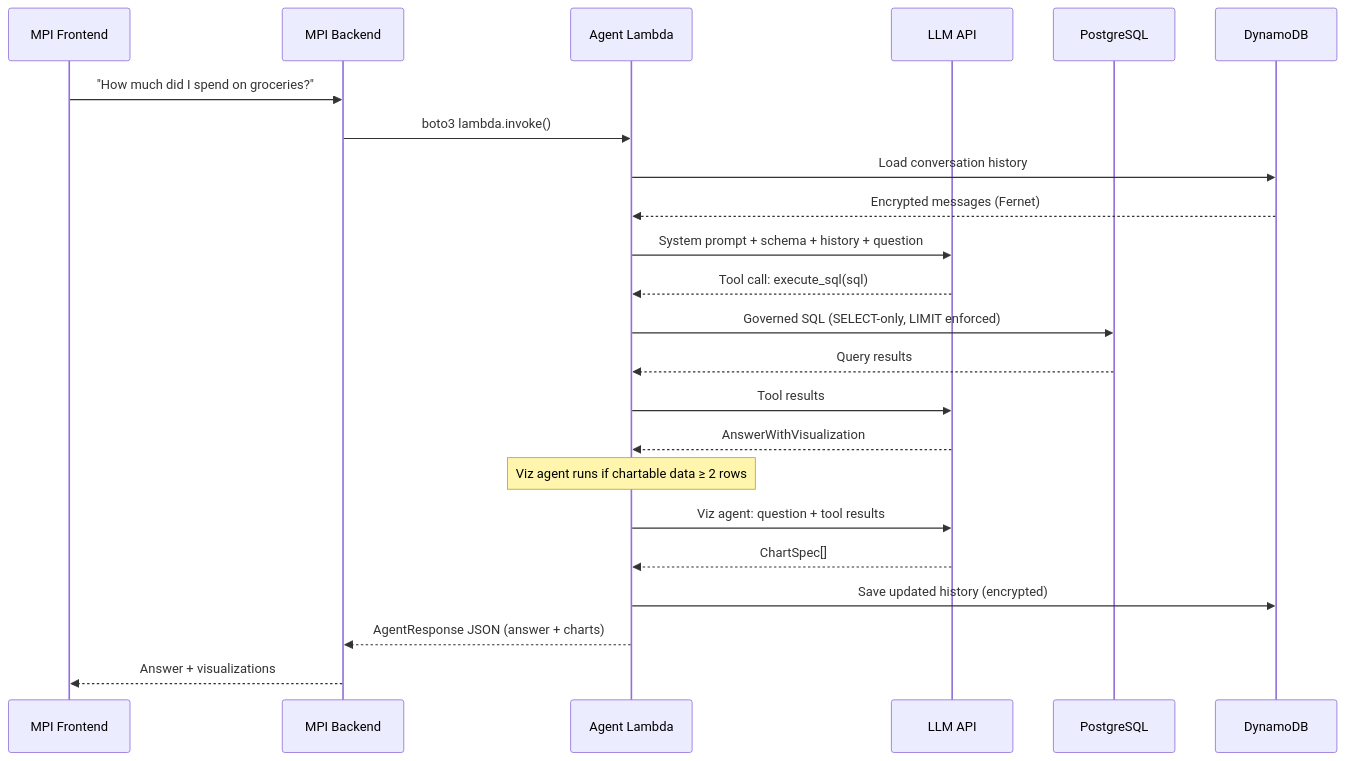
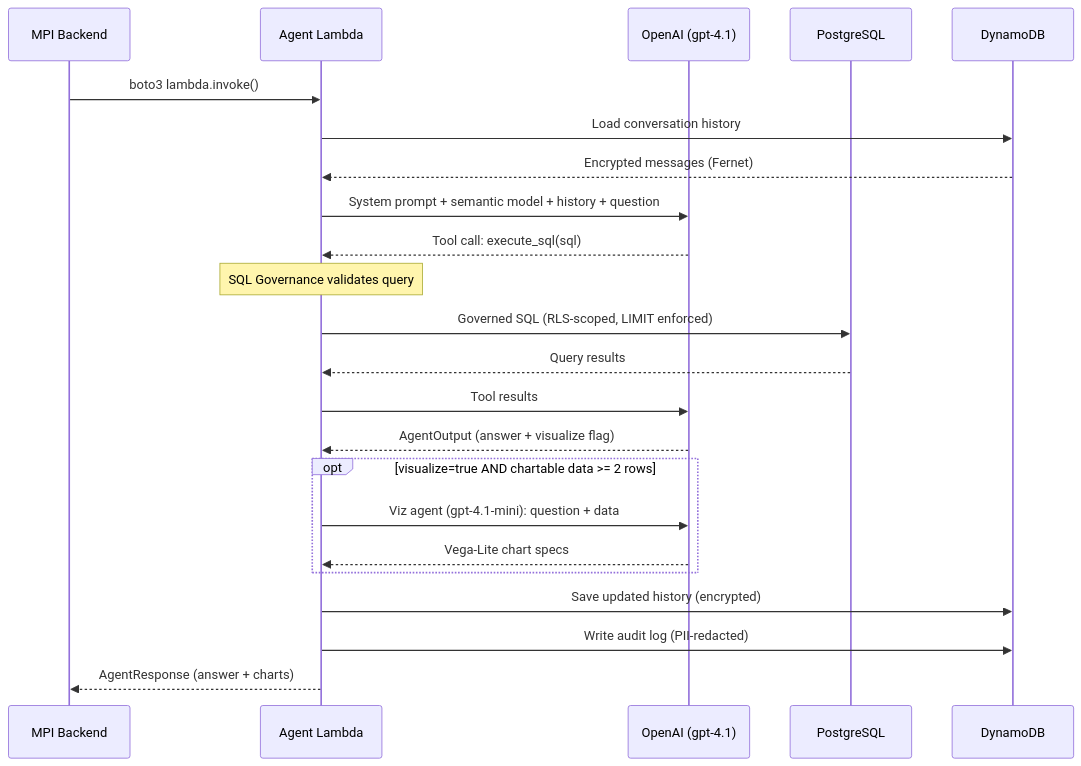
Before and after one commit to maxibove13/finance-query-agent: the second of 2 diagrams in README.md, drawn with Mermaid. The commit also changed other lines of this file and 4 other files, not shown here.

First line of the commit message:
feat: add exchange rate tables to semantic model for currency conversion [MPI-209]

````diff
--- a/README.md
+++ b/README.md
@@ -34,32 +67,32 @@
 ```mermaid
 sequenceDiagram
-    participant Client as MPI Frontend
-    participant Backend as MPI Backend
+    participant Client as MPI Backend
     participant Lambda as Agent Lambda
-    participant LLM as LLM API
+    participant LLM as OpenAI (gpt-4.1)
     participant PG as PostgreSQL
     participant Dynamo as DynamoDB
 
-    Client->>Backend: "How much did I spend on groceries?"
-    Backend->>Lambda: boto3 lambda.invoke()
+    Client->>Lambda: boto3 lambda.invoke()
 
     Lambda->>Dynamo: Load conversation history
     Dynamo-->>Lambda: Encrypted messages (Fernet)
 
-    Lambda->>LLM: System prompt + schema + history + question
+    Lambda->>LLM: System prompt + semantic model + history + question
     LLM-->>Lambda: Tool call: execute_sql(sql)
 
-    Lambda->>PG: Governed SQL (SELECT-only, LIMIT enforced)
+    Note over Lambda: SQL Governance validates query
+    Lambda->>PG: Governed SQL (RLS-scoped, LIMIT enforced)
     PG-->>Lambda: Query results
 
     Lambda->>LLM: Tool results
-    LLM-->>Lambda: AnswerWithVisualization
+    LLM-->>Lambda: AgentOutput (answer + visualize flag)
 
-    Note over Lambda: Viz agent runs if chartable data ≥ 2 rows
-    Lambda->>LLM: Viz agent: question + tool results
-    LLM-->>Lambda: ChartSpec[]
+    opt visualize=true AND chartable data >= 2 rows
+        Lambda->>LLM: Viz agent (gpt-4.1-mini): question + data
+        LLM-->>Lambda: Vega-Lite chart specs
+    end
 
     Lambda->>Dynamo: Save updated history (encrypted)
-    Lambda-->>Backend: AgentResponse JSON (answer + charts)
-    Backend-->>Client: Answer + visualizations
+    Lambda->>Dynamo: Write audit log (PII-redacted)
+    Lambda-->>Client: AgentResponse (answer + charts)
 ```
````
